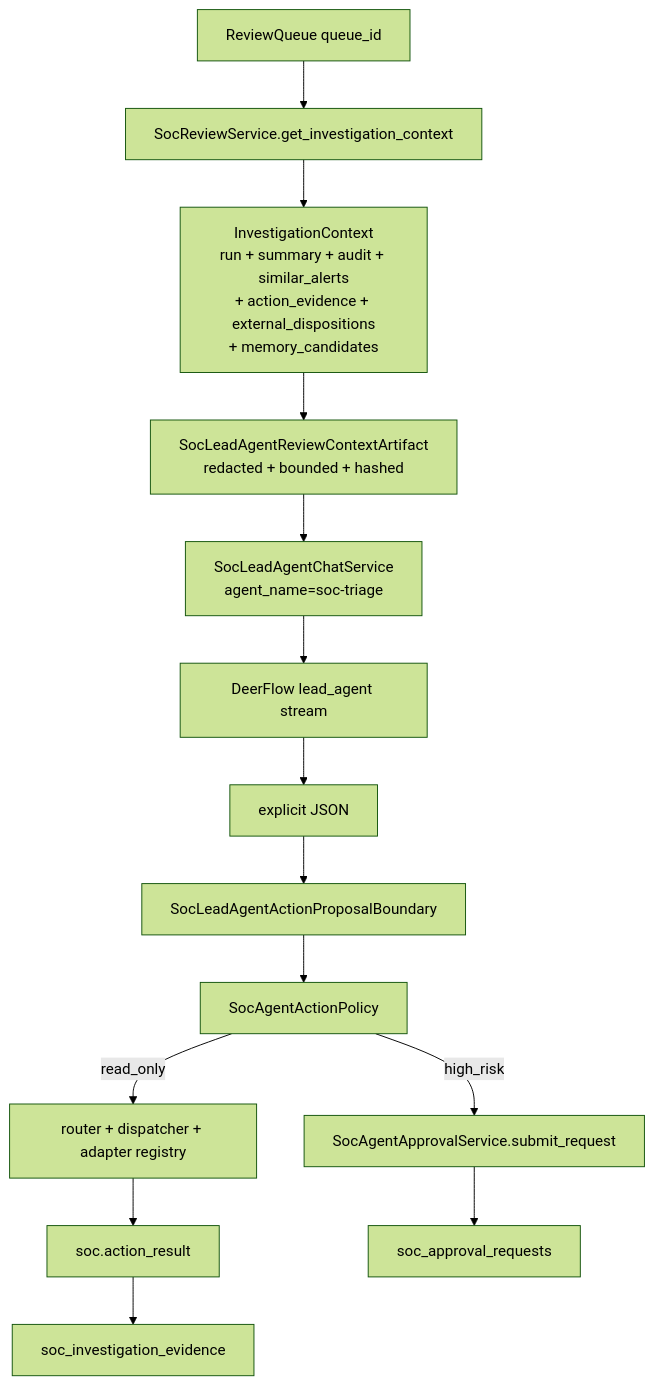
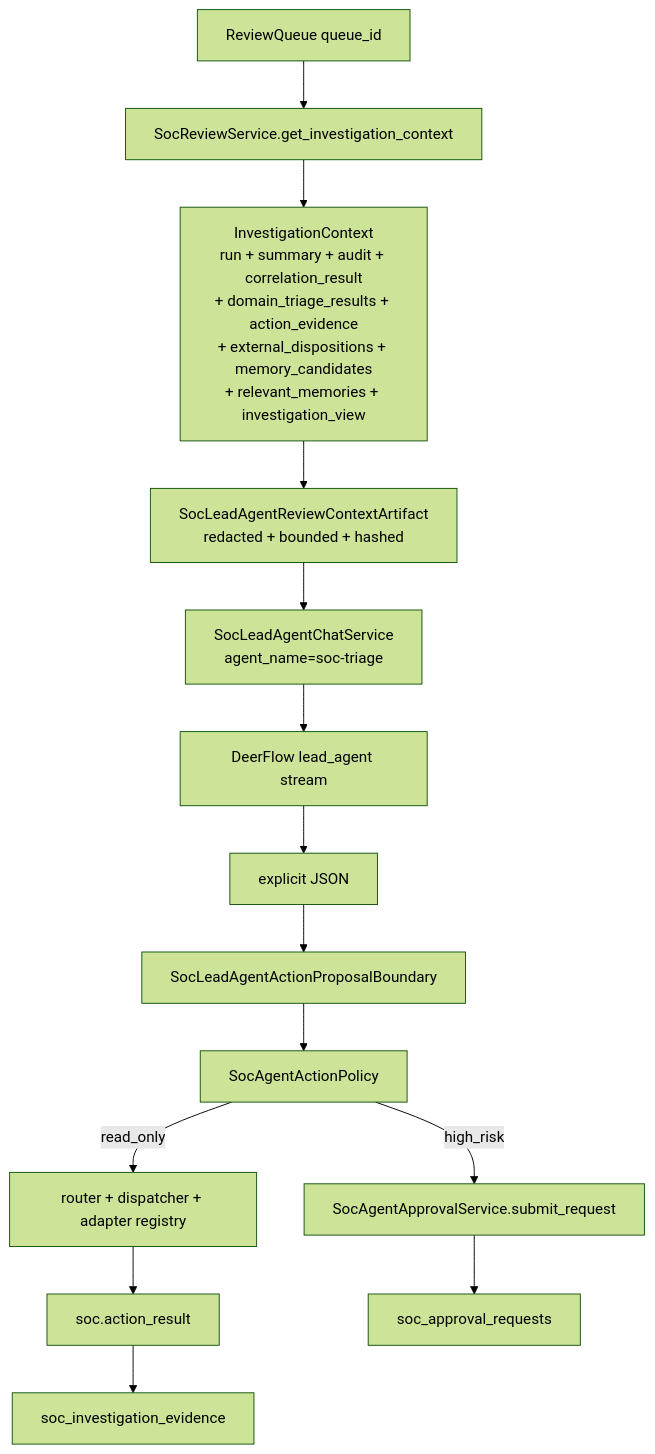
Before and after one commit to yydspanda/deer-flow: the seventh of 9 diagrams in .notes/ai_soc/alert-lifecycle-flow.md, drawn with Mermaid (forest theme). The commit also changed other lines of this file and 12 other files, not shown here.

Commit message:
Add SOC unified investigation view

````diff
--- a/.notes/ai_soc/alert-lifecycle-flow.md
+++ b/.notes/ai_soc/alert-lifecycle-flow.md
@@ -308,19 +335,19 @@
 ```mermaid
 flowchart TD
     QueueId["ReviewQueue queue_id"] --> ReviewService["SocReviewService.get_investigation_context"]
-    ReviewService --> Context["InvestigationContext\nrun + summary + audit + similar_alerts\n+ action_evidence + external_dispositions\n+ memory_candidates"]
+    ReviewService --> Context["InvestigationContext\nrun + summary + audit + correlation_result\n+ domain_triage_results + action_evidence\n+ external_dispositions + memory_candidates\n+ relevant_memories + investigation_view"]
     Context --> Bridge["SocLeadAgentReviewContextArtifact\nredacted + bounded + hashed"]
     Bridge --> LeadEntry["SocLeadAgentChatService\nagent_name=soc-triage"]
     LeadEntry --> DeerFlowLead["DeerFlow lead_agent stream"]
 
     DeerFlowLead --> Proposal["explicit <soc_action_proposal> JSON"]
     Proposal --> Boundary["SocLeadAgentActionProposalBoundary"]
     Boundary --> Policy["SocAgentActionPolicy"]
 
     Policy -->|read_only| ReadOnly["router + dispatcher + adapter registry"]
     ReadOnly --> ActionResult["soc.action_result"]
     ActionResult --> Evidence["soc_investigation_evidence"]
 
     Policy -->|high_risk| Approval["SocAgentApprovalService.submit_request"]
     Approval --> Inbox["soc_approval_requests"]
 ```
````
